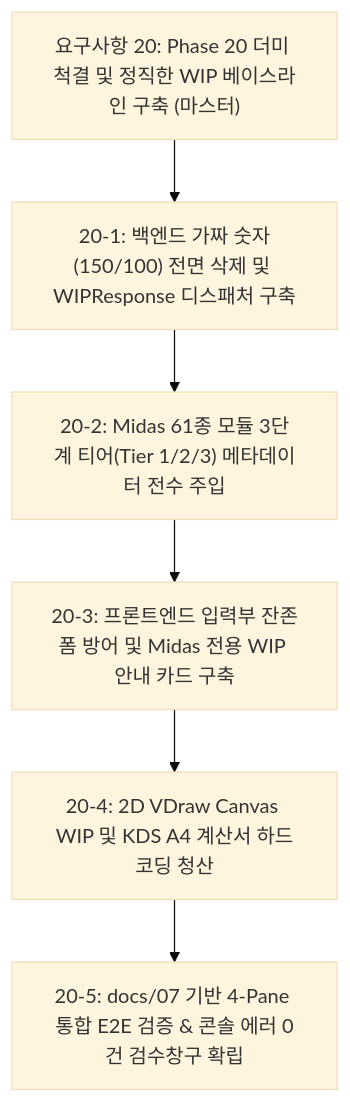
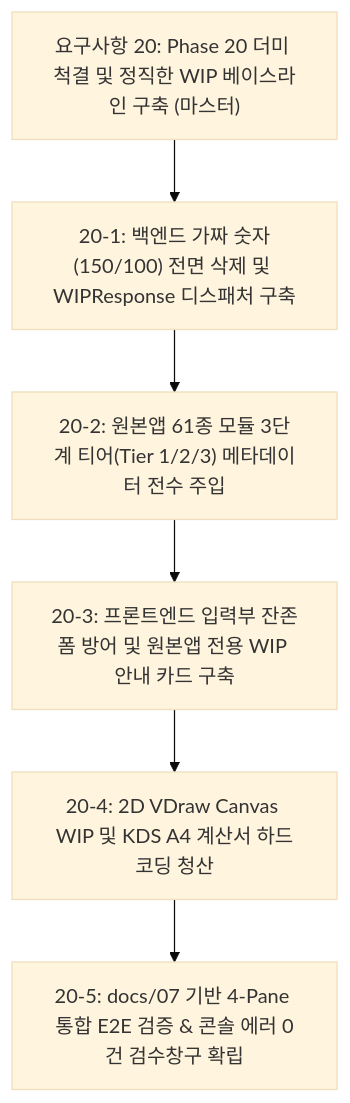
The diagram in 요구사항/요구사항20_Phase20_더미코드_전면제거_및_정직한_WIP_베이스라인_구축.md (zlkiki/AltDP_3rd), drawn with Mermaid (base theme) before and after one commit. The commit also changed other lines of this file and 88 other files, not shown here.

Commit message:
docs: 'Midas Design+' 및 변형 명칭을 '원본앱'으로 표준화 및 파일명/링크 일괄 갱신

````diff
--- a/요구사항/요구사항20_Phase20_더미코드_전면제거_및_정직한_WIP_베이스라인_구축.md
+++ b/요구사항/요구사항20_Phase20_더미코드_전면제거_및_정직한_WIP_베이스라인_구축.md
@@ -198,12 +198,12 @@
 ```mermaid
 flowchart TD
     Req20["요구사항 20: Phase 20 더미 척결 및 정직한 WIP 베이스라인 구축 (마스터)"]
     
     P1["20-1: 백엔드 가짜 숫자(150/100) 전면 삭제 및 WIPResponse 디스패처 구축"]
-    P2["20-2: Midas 61종 모듈 3단계 티어(Tier 1/2/3) 메타데이터 전수 주입"]
-    P3["20-3: 프론트엔드 입력부 잔존폼 방어 및 Midas 전용 WIP 안내 카드 구축"]
+    P2["20-2: 원본앱 61종 모듈 3단계 티어(Tier 1/2/3) 메타데이터 전수 주입"]
+    P3["20-3: 프론트엔드 입력부 잔존폼 방어 및 원본앱 전용 WIP 안내 카드 구축"]
     P4["20-4: 2D VDraw Canvas WIP 및 KDS A4 계산서 하드코딩 청산"]
     P5["20-5: docs/07 기반 4-Pane 통합 E2E 검증 & 콘솔 에러 0건 검수창구 확립"]
 
     Req20 --> P1 --> P2 --> P3 --> P4 --> P5
 ```
````
